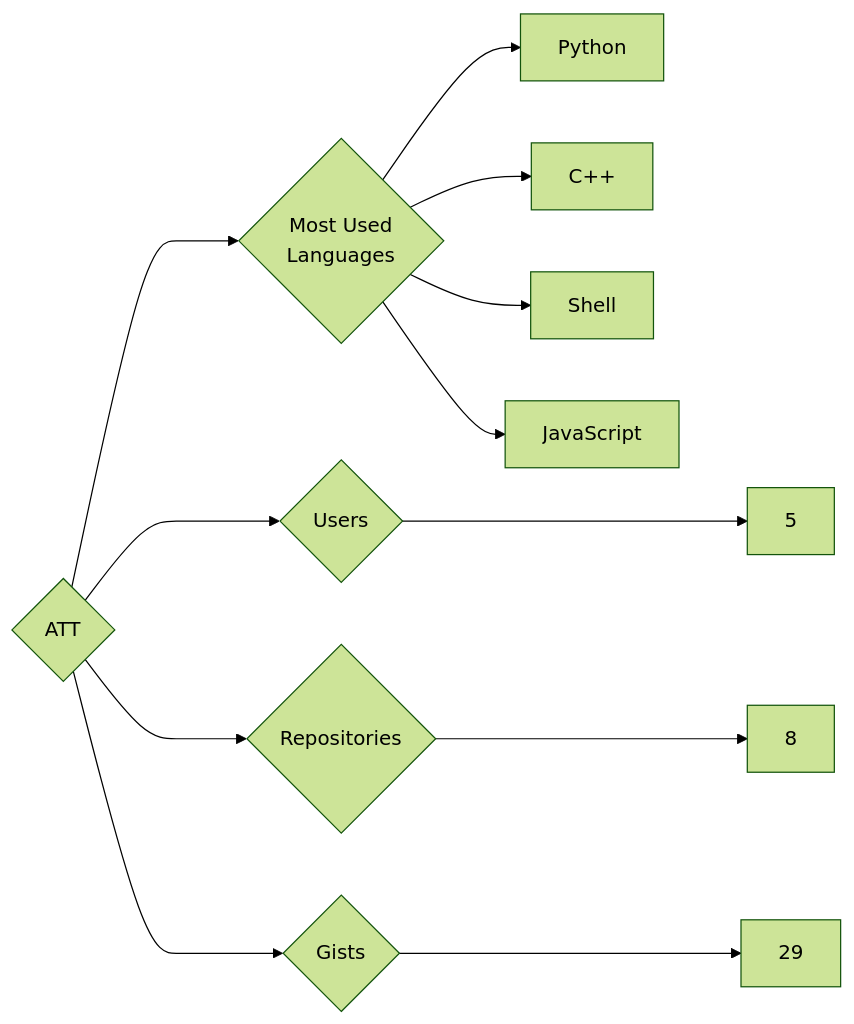
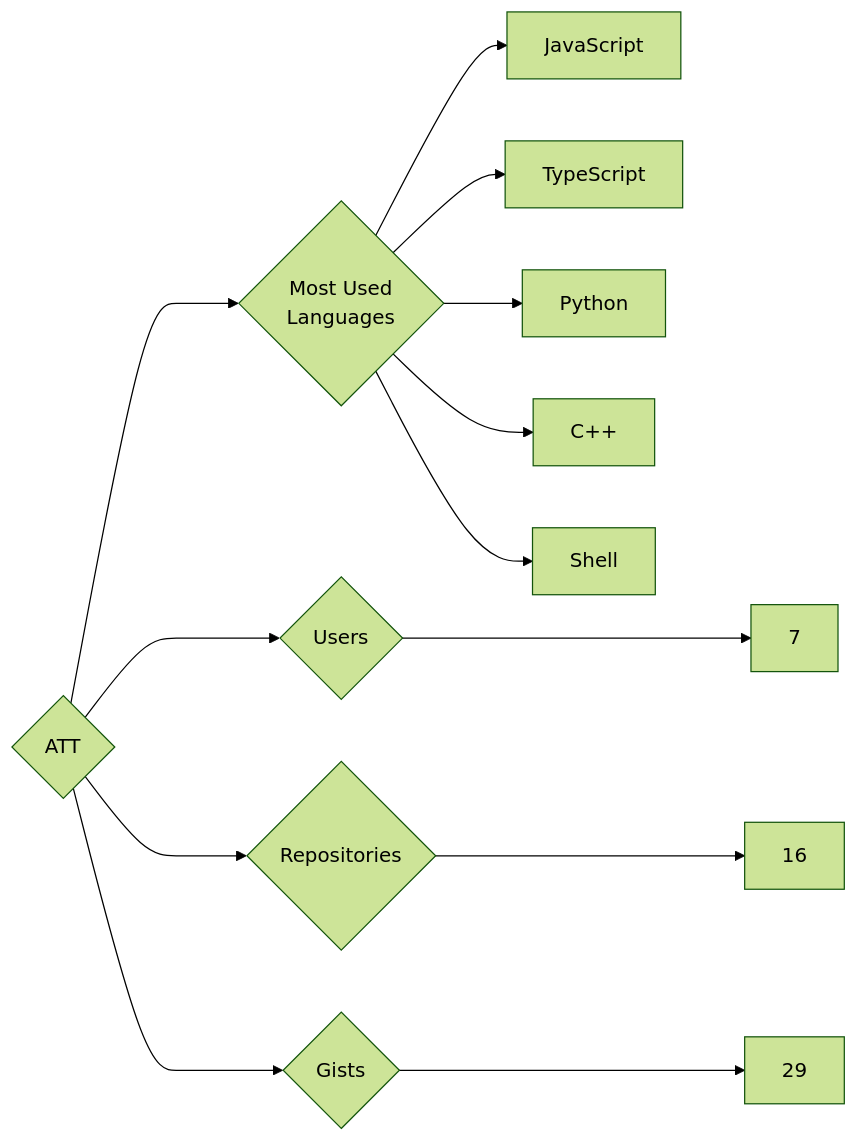
The diagram in targets/ATT/README.md (trickest/insiders), drawn with Mermaid (forest theme) before and after one commit. The commit also changed 1055 other files, not shown here.

````diff
--- a/targets/ATT/README.md
+++ b/targets/ATT/README.md
@@ -3,12 +3,13 @@
 ```mermaid
 graph LR
 COMPANY_NAME{ATT}
-COMPANY_NAME ---> U{Users} ---> UN[5]
-COMPANY_NAME ---> R{Repositories} ---> RN[8]
+COMPANY_NAME ---> U{Users} ---> UN[7]
+COMPANY_NAME ---> R{Repositories} ---> RN[16]
 COMPANY_NAME ---> G{Gists} ---> GN[29]
 COMPANY_NAME ---> ML{Most Used<br>Languages}
+ML --> JavaScript[JavaScript]
+ML --> TypeScript[TypeScript]
 ML --> Python[Python]
 ML --> C++[C++]
 ML --> Shell[Shell]
-ML --> JavaScript[JavaScript]
 ```
````
